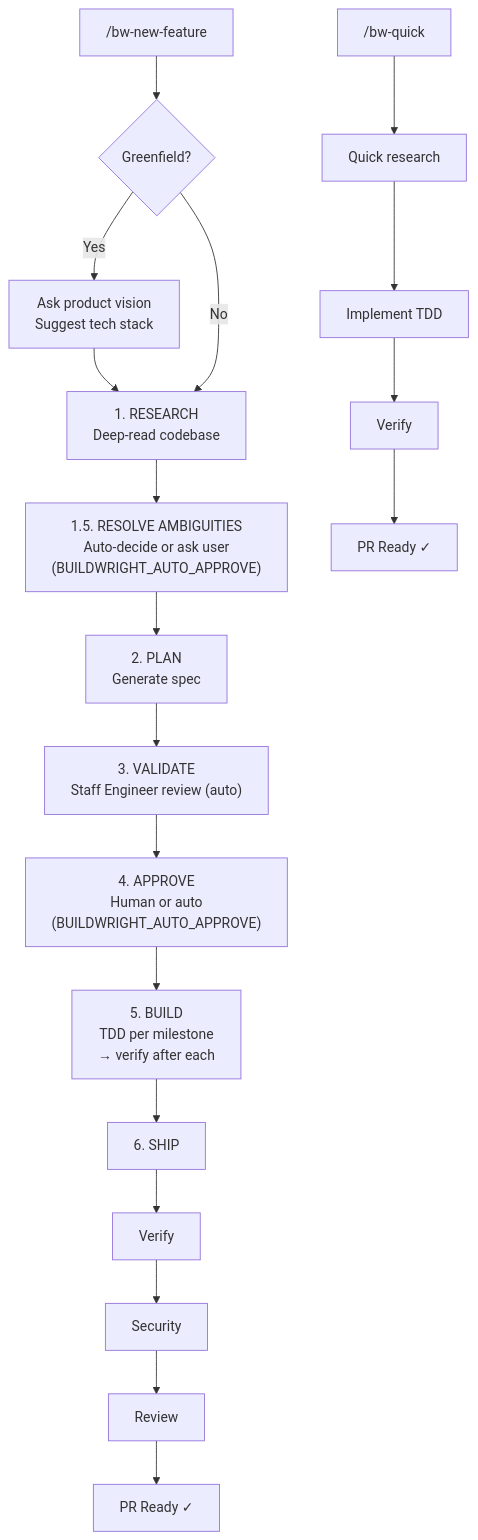
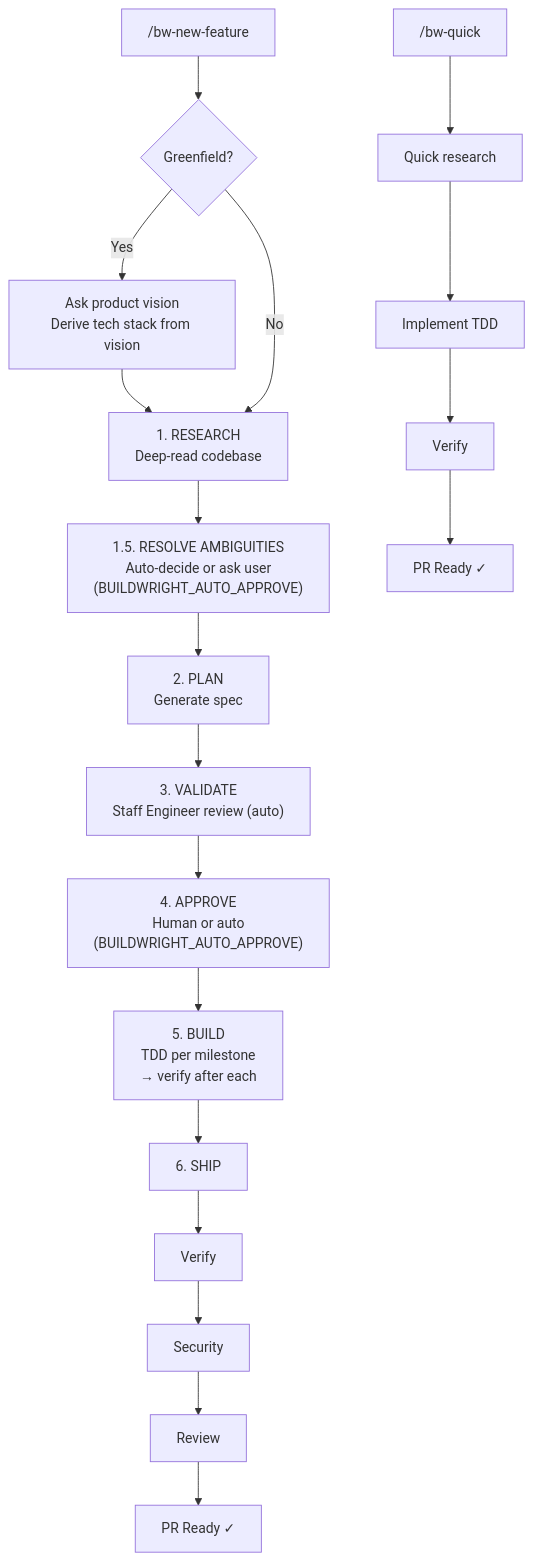
Before and after one commit to raunakkathuria/buildwright: the diagram in README.md, drawn with Mermaid. The commit also changed other lines of this file and 12 other files, not shown here.

Commit message:
feat: make Buildwright tech-agnostic with stack discovery protocol (#2)

````diff
--- a/README.md
+++ b/README.md
@@ -11,22 +11,22 @@
 ```mermaid
 flowchart TD
       A["/bw-new-feature"] --> B{Greenfield?}
-      B -- Yes --> C[Ask product vision<br>Suggest tech stack]
+      B -- Yes --> C[Ask product vision<br>Derive tech stack from vision]
       C --> D
       B -- No --> D["1. RESEARCH<br>Deep-read codebase"]
       D --> E["1.5. RESOLVE AMBIGUITIES<br>Auto-decide or ask user<br>(BUILDWRIGHT_AUTO_APPROVE)"]
       E --> F["2. PLAN<br>Generate spec"]
       F --> G["3. VALIDATE<br>Staff Engineer review (auto)"]
       G --> H["4. APPROVE<br>Human or auto<br>(BUILDWRIGHT_AUTO_APPROVE)"]
       H --> I["5. BUILD<br>TDD per milestone<br>→ verify after each"]
       I --> J["6. SHIP"]
       J --> K[Verify]
       K --> L[Security]
       L --> M[Review]
       M --> N["PR Ready ✓"]
 
       P["/bw-quick"] --> Q[Quick research]
       Q --> R[Implement TDD]
       R --> S[Verify]
       S --> T["PR Ready ✓"]
 ```
````
